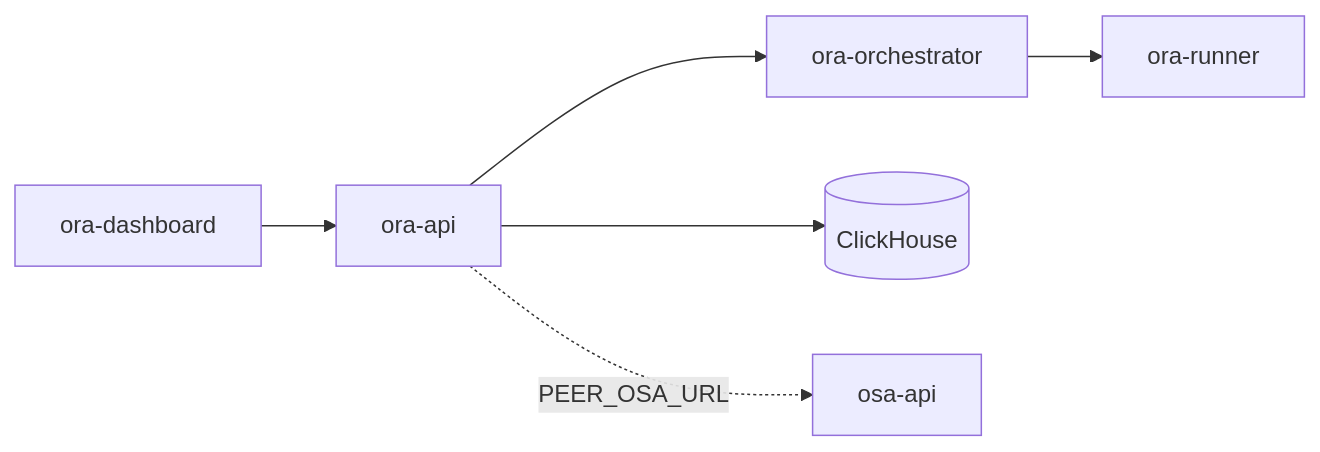
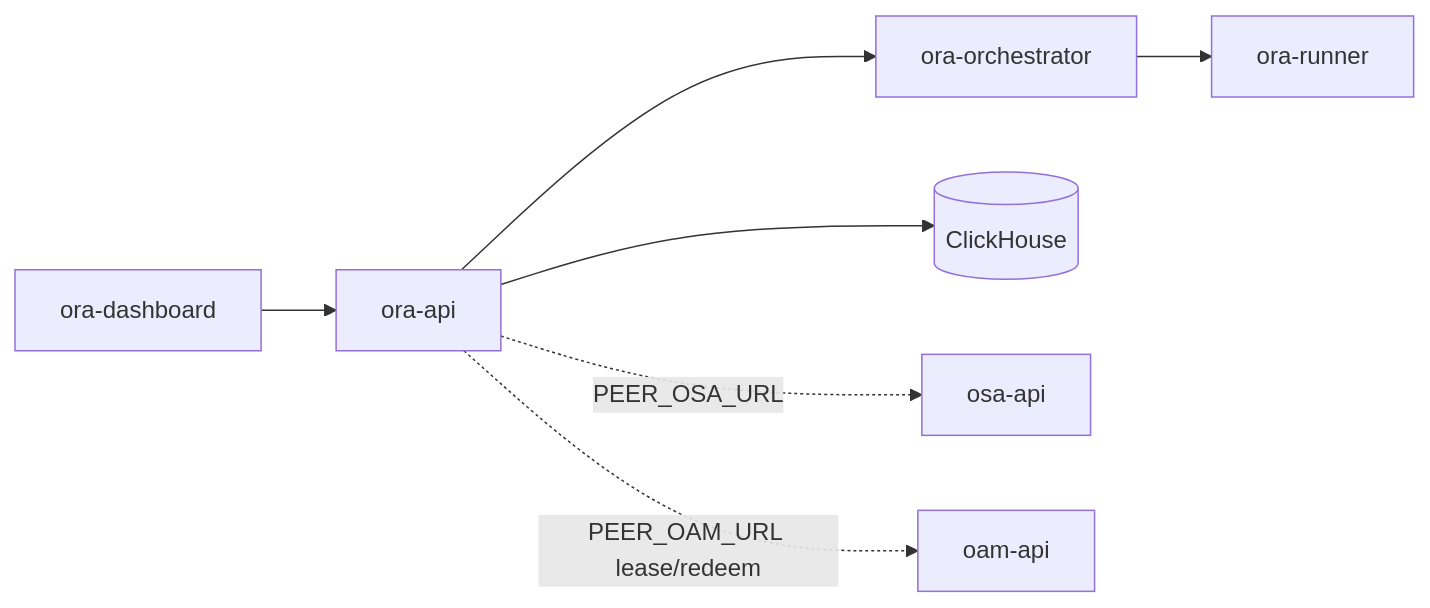
The diagram in docs/architecture.md (TheGrimmChester/OPA-AI-Orchestrator), drawn with Mermaid before and after one commit. The commit also changed other lines of this file and 16 other files, not shown here.

Commit message:
Fix: Resolve review AI keys from OAM lease

````diff
--- a/docs/architecture.md
+++ b/docs/architecture.md
@@ -5,8 +5,9 @@
 ```mermaid
 flowchart LR
   UI[ora-dashboard] --> API[ora-api]
   API --> Orch[ora-orchestrator]
   Orch --> Runner[ora-runner]
   API --> CH[(ClickHouse)]
   API -.->|PEER_OSA_URL| OSA[osa-api]
+  API -.->|PEER_OAM_URL lease/redeem| OAM[oam-api]
 ```
````
